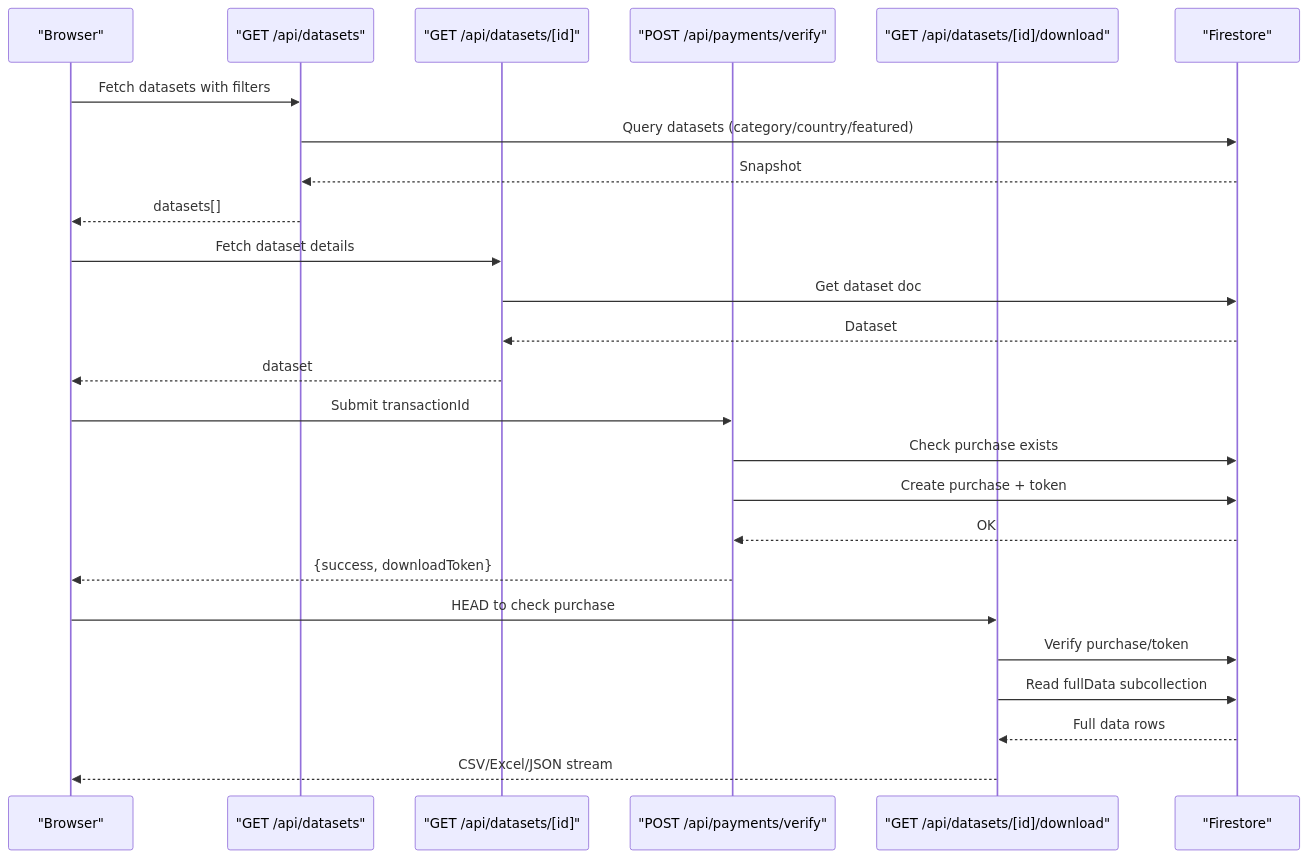
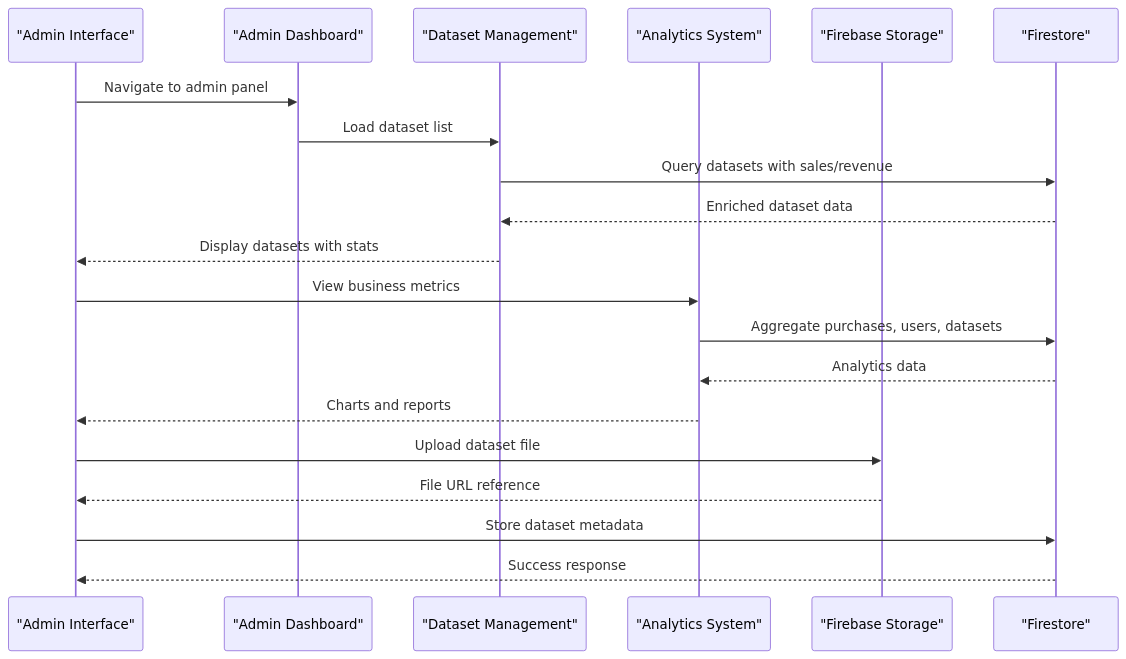
One commit to alikizang/datafrica changed the second of 9 diagrams in .qoder/repowiki/en/content/Dataset Management/Dataset Management.md. Above: the diagram before and after it, drawn with Mermaid. The commit also changed other lines of this file and 21 other files, not shown here.

````diff
--- a/.qoder/repowiki/en/content/Dataset Management/Dataset Management.md
+++ b/.qoder/repowiki/en/content/Dataset Management/Dataset Management.md
@@ -144,27 +166,22 @@
 ```mermaid
 sequenceDiagram
-participant Client as "Browser"
-participant List as "GET /api/datasets"
-participant Detail as "GET /api/datasets/[id]"
-participant Verify as "POST /api/payments/verify"
-participant Download as "GET /api/datasets/[id]/download"
+participant Admin as "Admin Interface"
+participant Dashboard as "Admin Dashboard"
+participant Datasets as "Dataset Management"
+participant Analytics as "Analytics System"
+participant Storage as "Firebase Storage"
 participant DB as "Firestore"
-Client->>List : Fetch datasets with filters
-List->>DB : Query datasets (category/country/featured)
-DB-->>List : Snapshot
-List-->>Client : datasets[]
-Client->>Detail : Fetch dataset details
-Detail->>DB : Get dataset doc
-DB-->>Detail : Dataset
-Detail-->>Client : dataset
-Client->>Verify : Submit transactionId
-Verify->>DB : Check purchase exists
-Verify->>DB : Create purchase + token
-DB-->>Verify : OK
-Verify-->>Client : {success, downloadToken}
-Client->>Download : HEAD to check purchase
-Download->>DB : Verify purchase/token
-Download->>DB : Read fullData subcollection
-DB-->>Download : Full data rows
-Download-->>Client : CSV/Excel/JSON stream
+Admin->>Dashboard : Navigate to admin panel
+Dashboard->>Datasets : Load dataset list
+Datasets->>DB : Query datasets with sales/revenue
+DB-->>Datasets : Enriched dataset data
+Datasets-->>Admin : Display datasets with stats
+Admin->>Analytics : View business metrics
+Analytics->>DB : Aggregate purchases, users, datasets
+DB-->>Analytics : Analytics data
+Analytics-->>Admin : Charts and reports
+Admin->>Storage : Upload dataset file
+Storage-->>Admin : File URL reference
+Admin->>DB : Store dataset metadata
+DB-->>Admin : Success response
 ```
````
